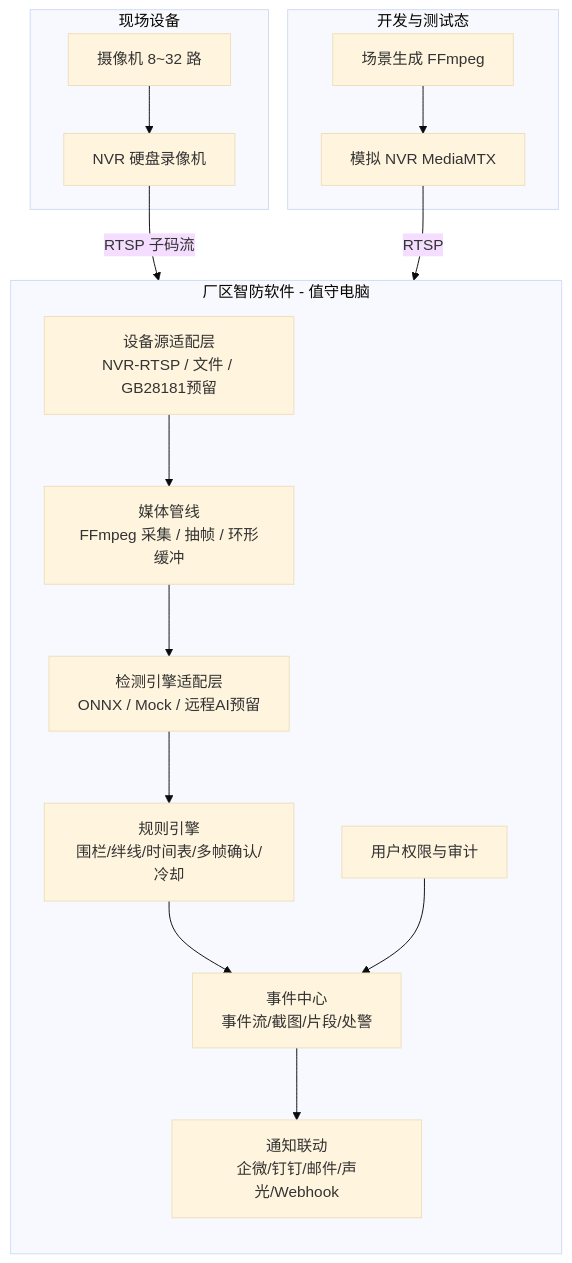
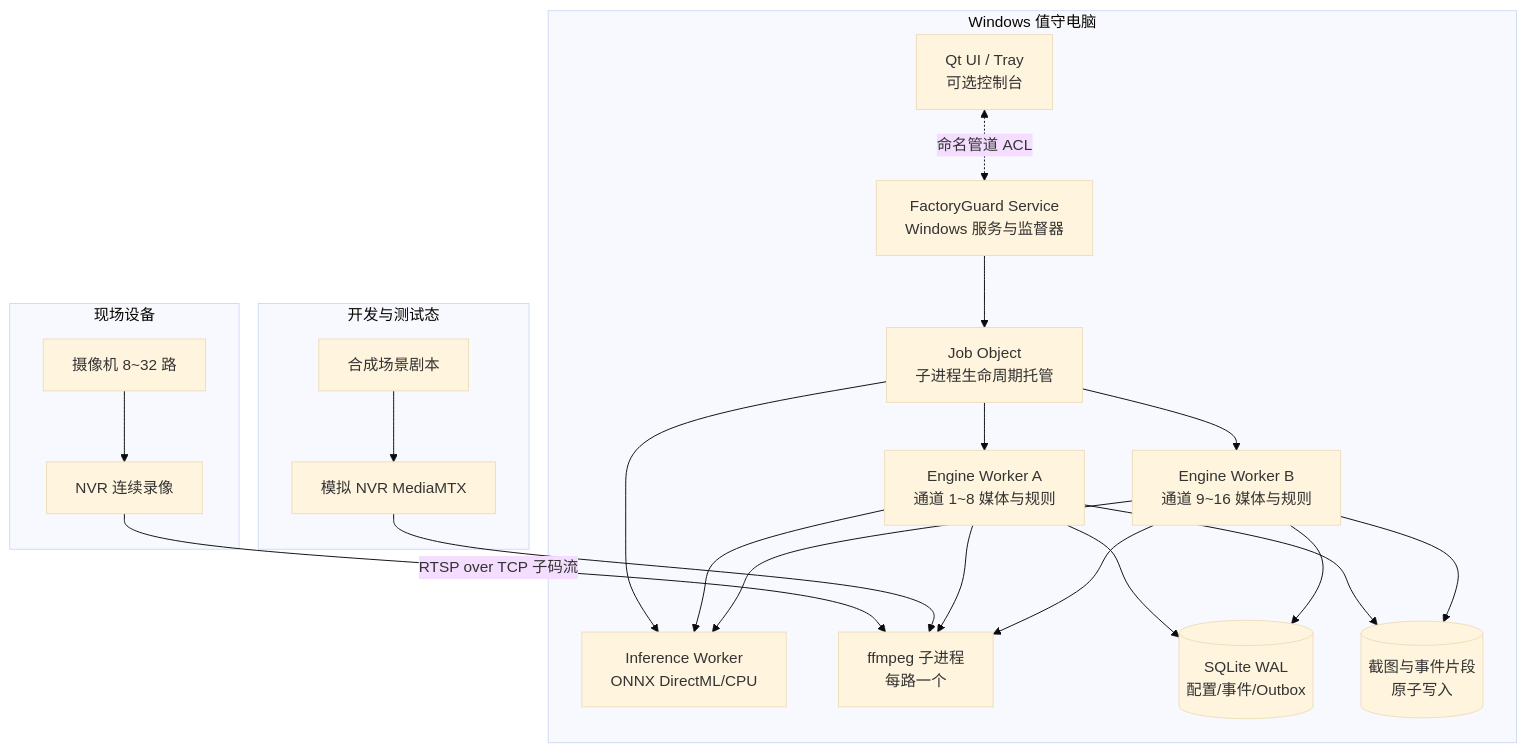
The diagram in FactoryGuard_DESIGN_REPORT.md (MinOS-WJ/FactoryGuard), drawn with Mermaid (base theme) before and after one commit. The commit also changed other lines of this file, not shown here.

Commit message:
Expand Windows reliability kickoff report

````diff
--- a/FactoryGuard_DESIGN_REPORT.md
+++ b/FactoryGuard_DESIGN_REPORT.md
@@ -138,31 +143,51 @@
 ```mermaid
 flowchart TB
   subgraph Field[现场设备]
     CAM[摄像机 8~32 路]
-    NVR[NVR 硬盘录像机]
+    NVR[NVR 连续录像]
   end
 
-  subgraph App[厂区智防软件 - 值守电脑]
-    direction TB
-    ADAPT[设备源适配层<br/>NVR-RTSP / 文件 / GB28181预留]
-    MEDIA[媒体管线<br/>FFmpeg 采集 / 抽帧 / 环形缓冲]
-    AI[检测引擎适配层<br/>ONNX / Mock / 远程AI预留]
-    RULE[规则引擎<br/>围栏/绊线/时间表/多帧确认/冷却]
-    EVENT[事件中心<br/>事件流/截图/片段/处警]
-    NOTIFY[通知联动<br/>企微/钉钉/邮件/声光/Webhook]
-    AUTH[用户权限与审计]
+  subgraph Win[Windows 值守电脑]
+    SVC[FactoryGuard Service
+Windows 服务与监督器]
+    JOB[Job Object
+子进程生命周期托管]
+    ENG1[Engine Worker A
+通道 1~8 媒体与规则]
+    ENG2[Engine Worker B
+通道 9~16 媒体与规则]
+    AI[Inference Worker
+ONNX DirectML/CPU]
+    UI[Qt UI / Tray
+可选控制台]
+    FF1[ffmpeg 子进程
+每路一个]
+    DB[(SQLite WAL
+配置/事件/Outbox)]
+    STORE[(截图与事件片段
+原子写入)]
   end
 
   subgraph Dev[开发与测试态]
     SIMNVR[模拟 NVR MediaMTX]
-    SCENE[场景生成 FFmpeg]
+    SCENE[合成场景剧本]
   end
 
   CAM --> NVR
-  NVR -->|RTSP 子码流| ADAPT
-  SIMNVR -->|RTSP| ADAPT
+  NVR -->|RTSP over TCP 子码流| FF1
+  SIMNVR --> FF1
   SCENE --> SIMNVR
-  ADAPT --> MEDIA --> AI --> RULE --> EVENT
-  EVENT --> NOTIFY
-  AUTH --> EVENT
+  SVC --> JOB
+  JOB --> ENG1
+  JOB --> ENG2
+  JOB --> AI
+  ENG1 --> FF1
+  ENG2 --> FF1
+  ENG1 --> AI
+  ENG2 --> AI
+  UI <-.命名管道 ACL.-> SVC
+  ENG1 --> DB
+  ENG2 --> DB
+  ENG1 --> STORE
+  ENG2 --> STORE
 ```
````
